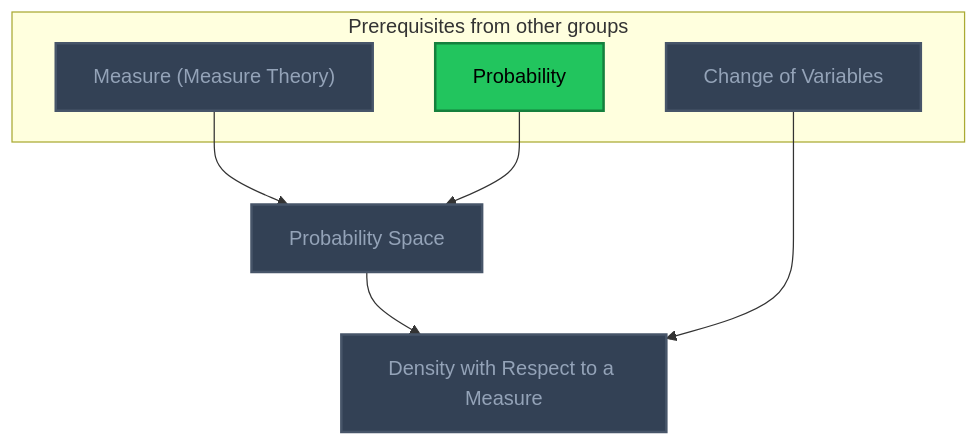
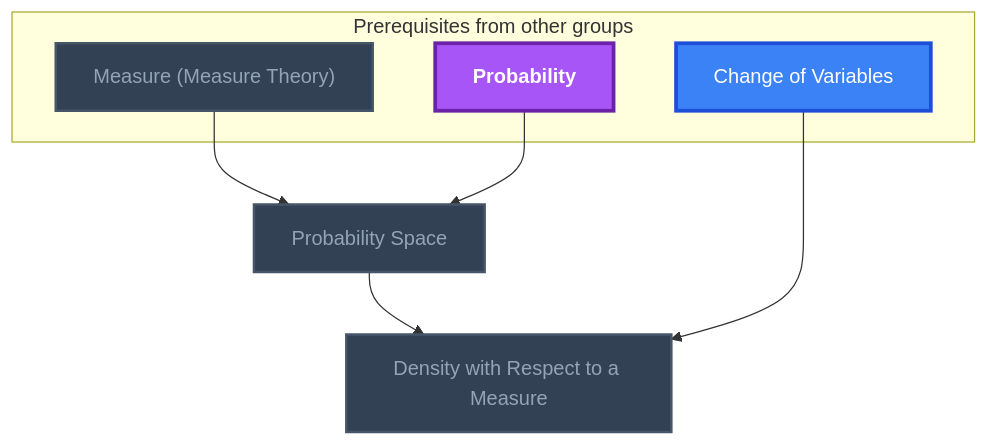
Diagram 13 of 13 in Gamification/Skill Trees/Measure Theory.md (MRauf1/My-Notes), drawn with Mermaid before and after one commit. The commit also changed other lines of this file and 145 other files, not shown here.

````diff
--- a/Gamification/Skill Trees/Measure Theory.md
+++ b/Gamification/Skill Trees/Measure Theory.md
@@ -482,26 +492,27 @@
 ```mermaid
 flowchart TD
     classDef planned fill:#1E293B,stroke:#64748B,stroke-width:2px,stroke-dasharray:5 5,color:#94A3B8;
     classDef locked fill:#334155,stroke:#475569,stroke-width:2px,color:#94A3B8;
     classDef L0 fill:#F1F5F9,stroke:#94A3B8,stroke-width:2px,color:#000000;
     classDef L1 fill:#22C55E,stroke:#15803D,stroke-width:2px,color:#000000;
     classDef L2 fill:#3B82F6,stroke:#1D4ED8,stroke-width:3px,color:#FFFFFF;
     classDef L3 fill:#A855F7,stroke:#6B21A8,stroke-width:3px,color:#FFFFFF,font-weight:bold;
     classDef L4 fill:#F97316,stroke:#C2410C,stroke-width:4px,color:#000000,font-weight:bold;
     classDef L5 fill:#FFD700,stroke:#FF8C00,stroke-width:5px,color:#000000,font-weight:bold;
     classDef rusty stroke:#8B4513,stroke-width:4px,stroke-dasharray:3 3;
     subgraph sg_prereqs["Prerequisites from other groups"]
         n_measure_measure_theory["Measure (Measure Theory)"]
         n_probability["Probability"]
         n_change_of_variables["Change of Variables"]
     end
     n_probability_space["Probability Space"]
     n_density_with_respect_to_a_measure["Density with Respect to a Measure"]
     n_measure_measure_theory --> n_probability_space
     n_probability --> n_probability_space
     n_probability_space --> n_density_with_respect_to_a_measure
     n_change_of_variables --> n_density_with_respect_to_a_measure
-    class n_measure_measure_theory,n_change_of_variables,n_probability_space,n_density_with_respect_to_a_measure locked;
-    class n_probability L1;
+    class n_measure_measure_theory,n_probability_space,n_density_with_respect_to_a_measure locked;
+    class n_change_of_variables L2;
+    class n_probability L3;
     class n_measure_measure_theory,n_probability,n_change_of_variables,n_probability_space,n_density_with_respect_to_a_measure internal-link;
 ```
````
